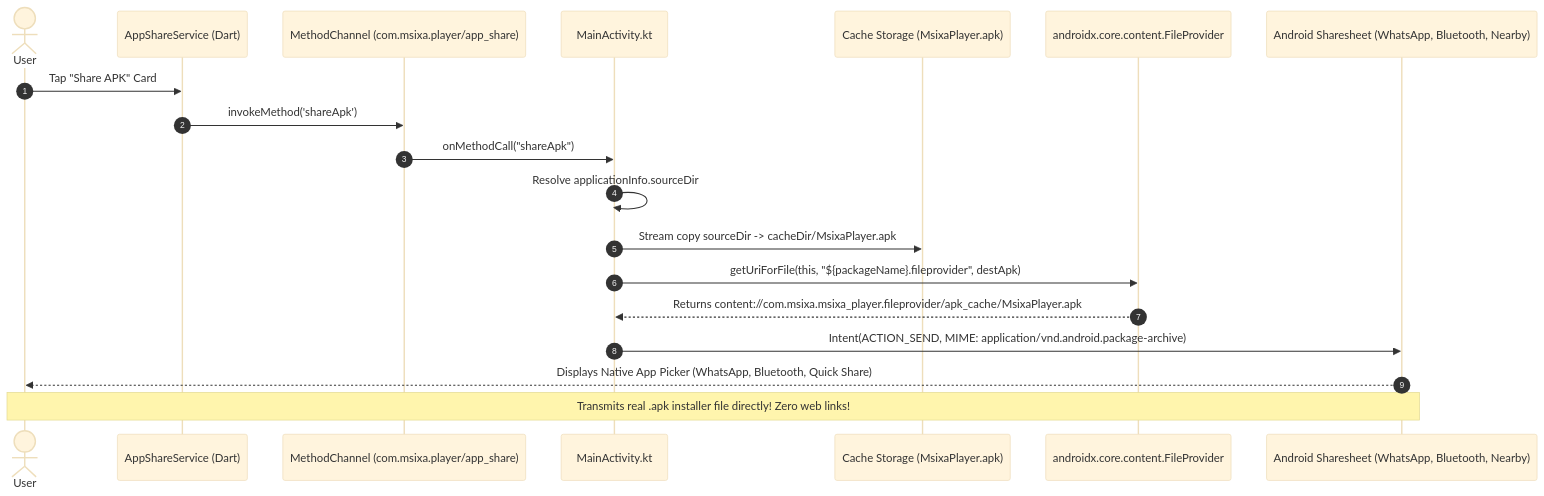
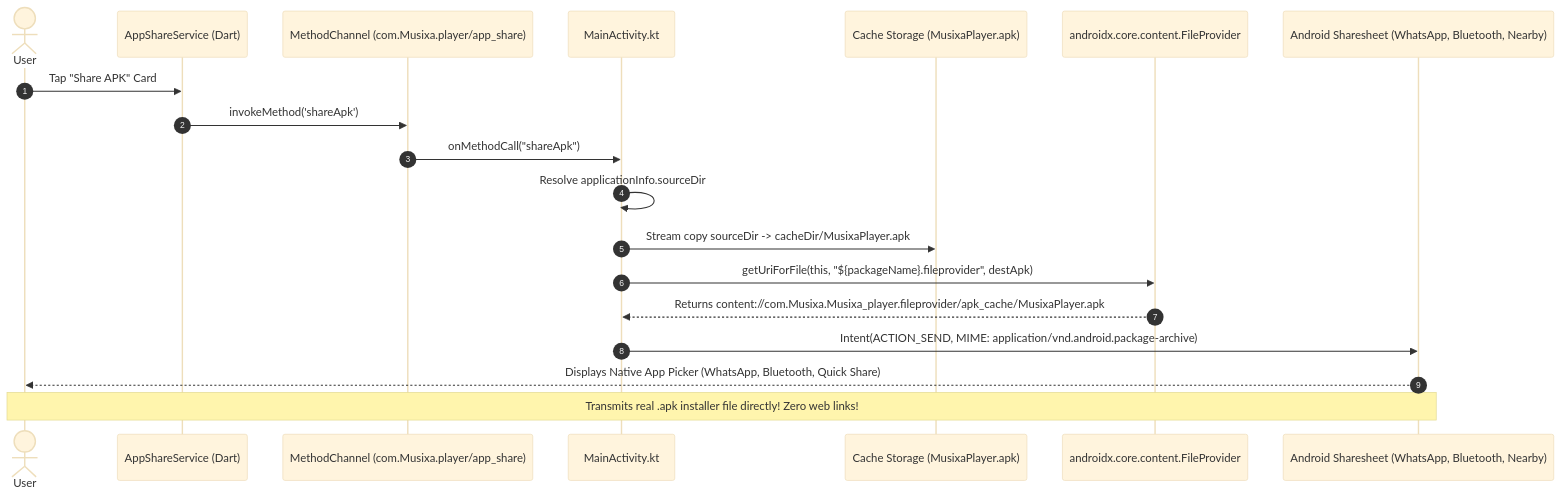
Before and after one commit to rajeshsainkdk-bot/Musixa-Admin: the third of 3 diagrams in library/technical/TECHNICAL_ARCHITECTURE_THEORETICAL_SPEC.md, drawn with Mermaid (base theme). The commit also changed other lines of this file and 27 other files, not shown here.

````diff
--- a/library/technical/TECHNICAL_ARCHITECTURE_THEORETICAL_SPEC.md
+++ b/library/technical/TECHNICAL_ARCHITECTURE_THEORETICAL_SPEC.md
@@ -153,22 +153,22 @@
 ```mermaid
 sequenceDiagram
     autonumber
     actor User
     participant Flutter as AppShareService (Dart)
-    participant Platform as MethodChannel (com.msixa.player/app_share)
+    participant Platform as MethodChannel (com.Musixa.player/app_share)
     participant Kotlin as MainActivity.kt
-    participant Storage as Cache Storage (MsixaPlayer.apk)
+    participant Storage as Cache Storage (MusixaPlayer.apk)
     participant Provider as androidx.core.content.FileProvider
     participant Android as Android Sharesheet (WhatsApp, Bluetooth, Nearby)
 
     User->>Flutter: Tap "Share APK" Card
     Flutter->>Platform: invokeMethod('shareApk')
     Platform->>Kotlin: onMethodCall("shareApk")
     Kotlin->>Kotlin: Resolve applicationInfo.sourceDir
-    Kotlin->>Storage: Stream copy sourceDir -> cacheDir/MsixaPlayer.apk
+    Kotlin->>Storage: Stream copy sourceDir -> cacheDir/MusixaPlayer.apk
     Kotlin->>Provider: getUriForFile(this, "${packageName}.fileprovider", destApk)
-    Provider-->>Kotlin: Returns content://com.msixa.msixa_player.fileprovider/apk_cache/MsixaPlayer.apk
+    Provider-->>Kotlin: Returns content://com.Musixa.Musixa_player.fileprovider/apk_cache/MusixaPlayer.apk
     Kotlin->>Android: Intent(ACTION_SEND, MIME: application/vnd.android.package-archive)
     Android-->>User: Displays Native App Picker (WhatsApp, Bluetooth, Quick Share)
     Note over User,Android: Transmits real .apk installer file directly! Zero web links!
 ```
````
